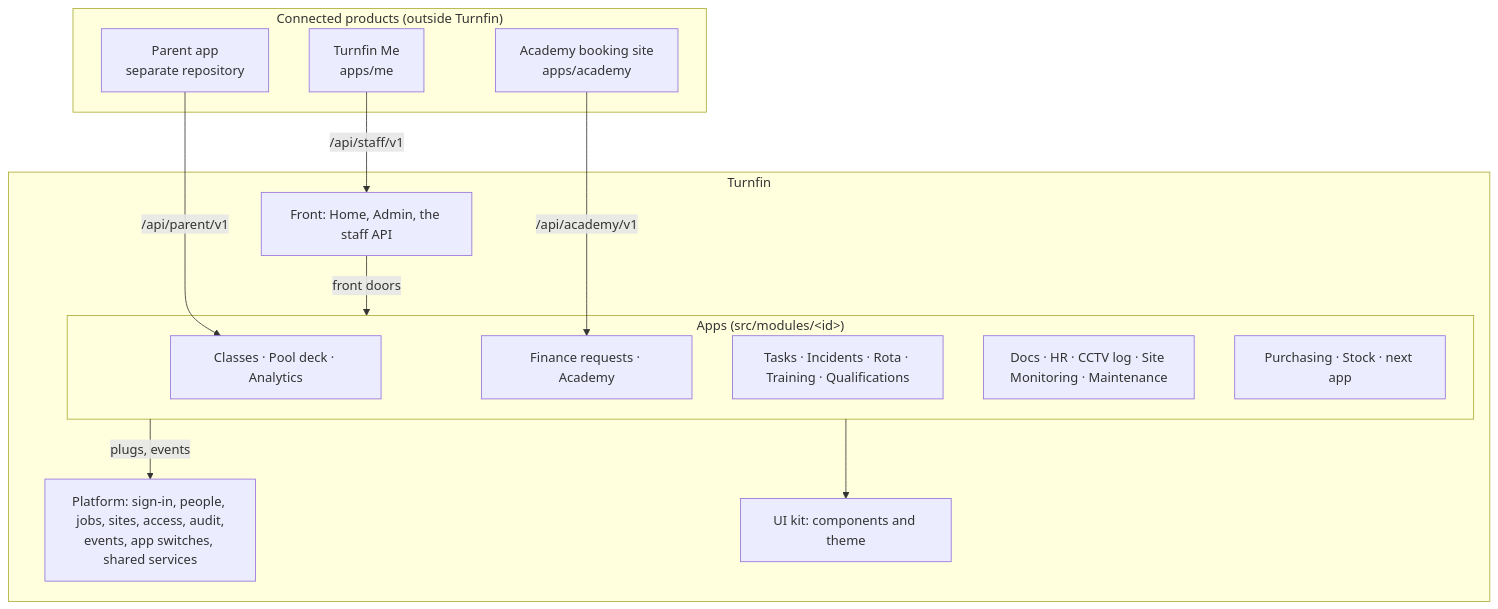
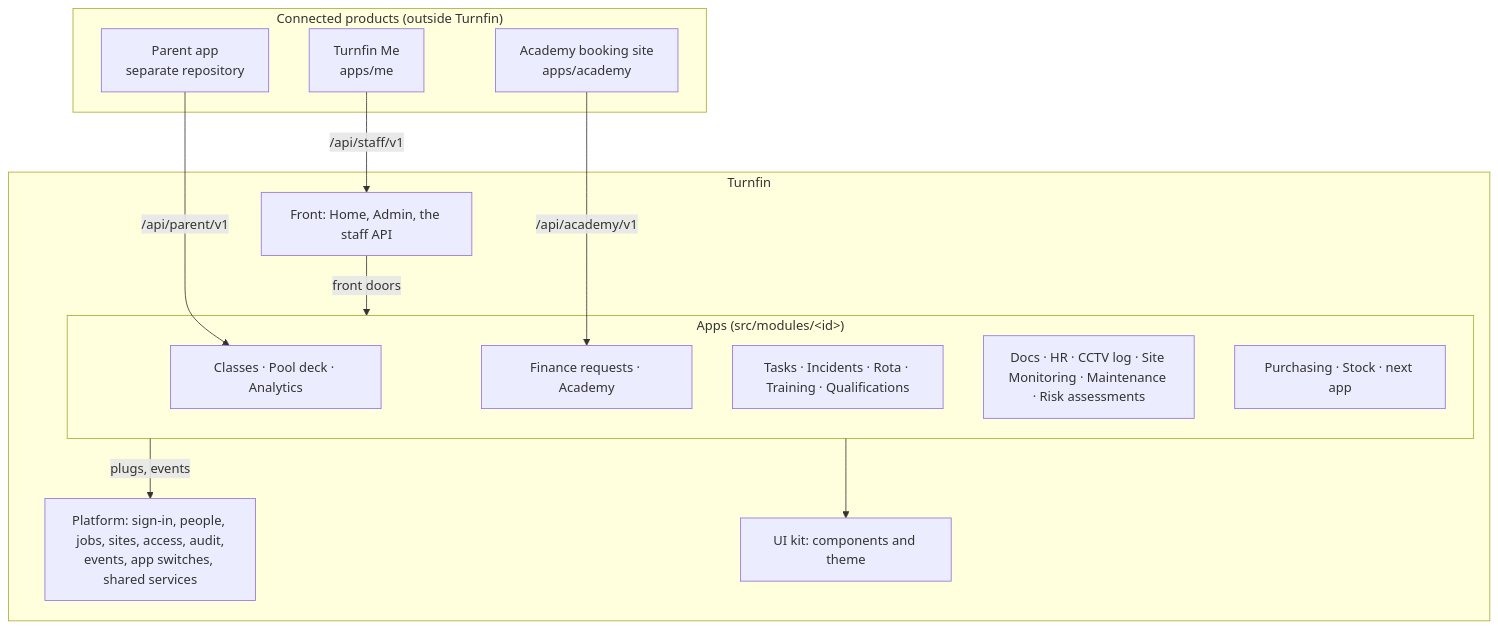
One commit to Nandui/Swimly changed the diagram in docs/architecture.md. Above: the diagram before and after it, drawn with Mermaid. The commit also changed other lines of this file and 9 other files, not shown here.

First line of the commit message:
Risk assessments: docs, What's new (3.12.0) and sandbox data

````diff
--- a/docs/architecture.md
+++ b/docs/architecture.md
@@ -13,26 +13,26 @@
 ```mermaid
 flowchart TB
   subgraph Connected["Connected products (outside Turnfin)"]
     me["Turnfin Me<br/>apps/me"]
     parent["Parent app<br/>separate repository"]
     academy["Academy booking site<br/>apps/academy"]
   end
   subgraph Turnfin
     front["Front: Home, Admin, the staff API"]
     subgraph Apps["Apps (src/modules/&lt;id&gt;)"]
       a1["Classes · Pool deck · Analytics"]
       a2["Finance requests · Academy"]
       a3["Tasks · Incidents · Rota · Training · Qualifications"]
-      a4["Docs · HR · CCTV log · Site Monitoring · Maintenance"]
+      a4["Docs · HR · CCTV log · Site Monitoring · Maintenance · Risk assessments"]
       a5["Purchasing · Stock · next app"]
     end
     platform["Platform: sign-in, people, jobs, sites, access, audit,<br/>events, app switches, shared services"]
     kit["UI kit: components and theme"]
   end
   me -->|/api/staff/v1| front
   parent -->|/api/parent/v1| a1
   academy -->|/api/academy/v1| a2
   front -->|front doors| Apps
   Apps -->|plugs, events| platform
   Apps --> kit
 ```
````
